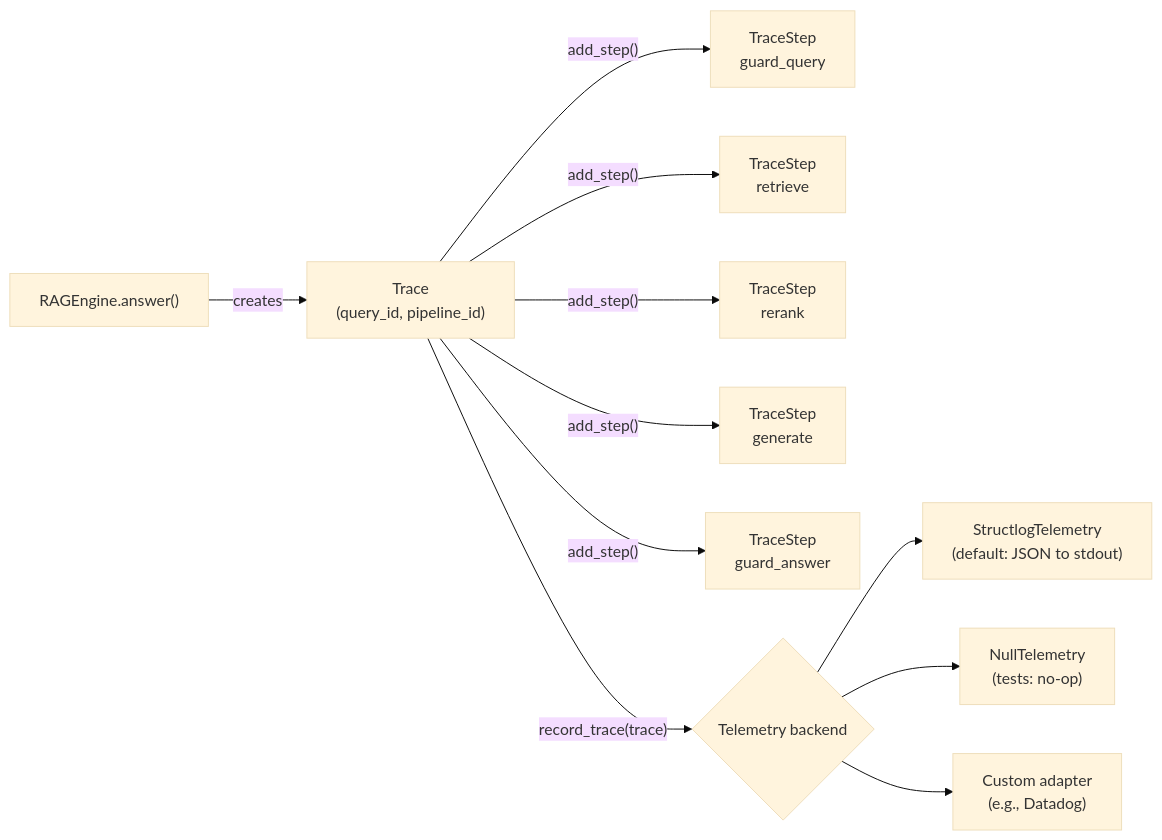
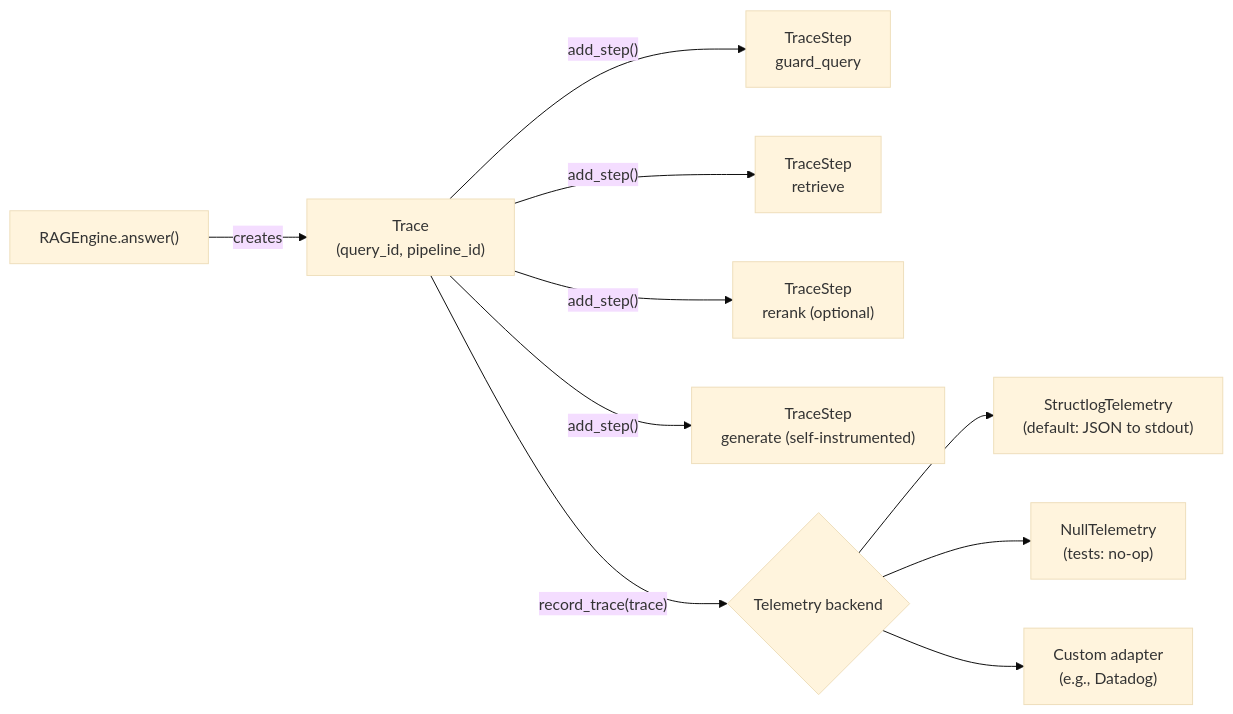
The diagram in docs/guides/observability.md (HerbertGourout/modular-rag-framework), drawn with Mermaid before and after one commit. The commit also changed other lines of this file and 42 other files, not shown here.

````diff
--- a/docs/guides/observability.md
+++ b/docs/guides/observability.md
@@ -15,14 +27,13 @@
 ```mermaid
 %%{init: {"theme": "base"}}%%
 flowchart LR
     Engine["RAGEngine.answer()"] -->|"creates"| T["Trace\n(query_id, pipeline_id)"]
     T -->|"add_step()"| S1["TraceStep\nguard_query"]
     T -->|"add_step()"| S2["TraceStep\nretrieve"]
-    T -->|"add_step()"| S3["TraceStep\nrerank"]
-    T -->|"add_step()"| S4["TraceStep\ngenerate"]
-    T -->|"add_step()"| S5["TraceStep\nguard_answer"]
+    T -->|"add_step()"| S3["TraceStep\nrerank (optional)"]
+    T -->|"add_step()"| S4["TraceStep\ngenerate (self-instrumented)"]
     T -->|"record_trace(trace)"| Backend{"Telemetry backend"}
     Backend --> Struct["StructlogTelemetry\n(default: JSON to stdout)"]
     Backend --> Null["NullTelemetry\n(tests: no-op)"]
     Backend --> Custom["Custom adapter\n(e.g., Datadog)"]
 ```
````
